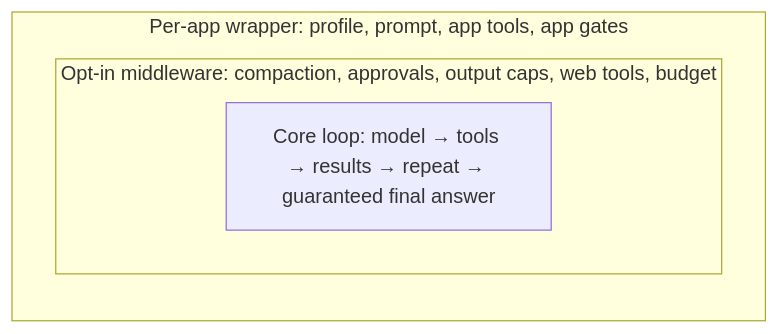
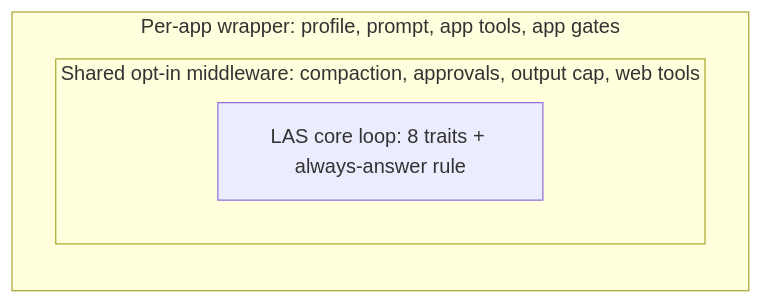
The first of 2 diagrams in documentation/chapters/40-core-loop-onion-refactor-plan-2026-10-17.md (LazyCat420/lazy-agent-service), drawn with Mermaid before and after one commit. The commit also changed other lines of this file, not shown here.

Commit message:
docs(plan): rev 2 — LAS-native core loop traits, behavior contract, stress tests

````diff
--- a/documentation/chapters/40-core-loop-onion-refactor-plan-2026-10-17.md
+++ b/documentation/chapters/40-core-loop-onion-refactor-plan-2026-10-17.md
@@ -10,8 +15,8 @@
 ```mermaid
 flowchart LR
   subgraph Wrapper[Per-app wrapper: profile, prompt, app tools, app gates]
-    subgraph MW[Opt-in middleware: compaction, approvals, output caps, web tools, budget]
-      Core[Core loop: model → tools → results → repeat → guaranteed final answer]
+    subgraph MW[Shared opt-in middleware: compaction, approvals, output cap, web tools]
+      Core[LAS core loop: 8 traits + always-answer rule]
     end
   end
 ```
````
